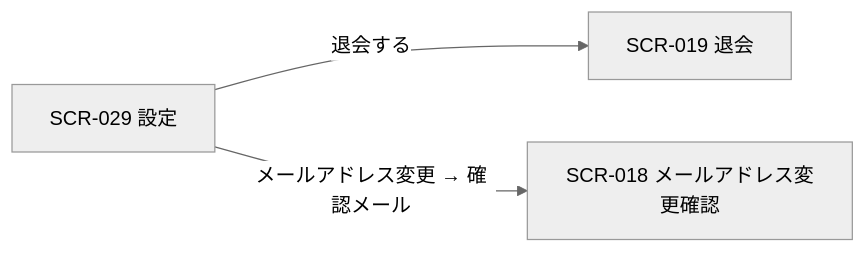
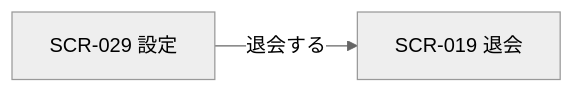
Before and after one commit to sikakou54/open-faq: the diagram in 02_basic_design/01_frontend/01_screens/SCR-029.md, drawn with Mermaid (neutral theme). The commit also changed other lines of this file and 395 other files, not shown here.

````diff
--- a/02_basic_design/01_frontend/01_screens/SCR-029.md
+++ b/02_basic_design/01_frontend/01_screens/SCR-029.md
@@ -28,8 +28,6 @@
 ```mermaid
 flowchart LR
   S23["SCR-029 設定"]
   S14["SCR-019 退会"]
-  S18["SCR-018 メールアドレス変更確認"]
   S23 -->|退会する| S14
-  S23 -->|メールアドレス変更 → 確認メール| S18
 ```
````
